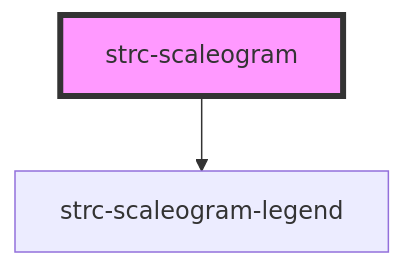
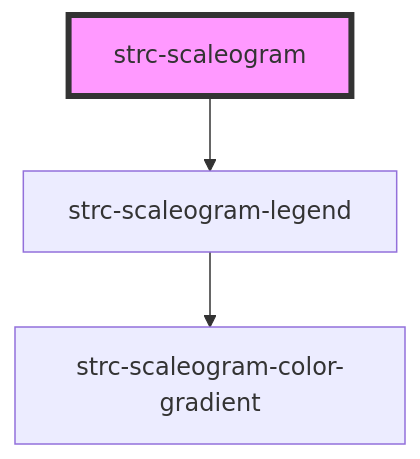
Before and after one commit to Symmetronic/strc-scaleogram: the diagram in src/components/scaleogram/readme.md, drawn with Mermaid. The commit also changed 2 other files, not shown here.

Commit message:
update readmes

````diff
--- a/src/components/scaleogram/readme.md
+++ b/src/components/scaleogram/readme.md
@@ -24,5 +24,6 @@
 ```mermaid
 graph TD;
   strc-scaleogram --> strc-scaleogram-legend
+  strc-scaleogram-legend --> strc-scaleogram-color-gradient
   style strc-scaleogram fill:#f9f,stroke:#333,stroke-width:4px
 ```
````
